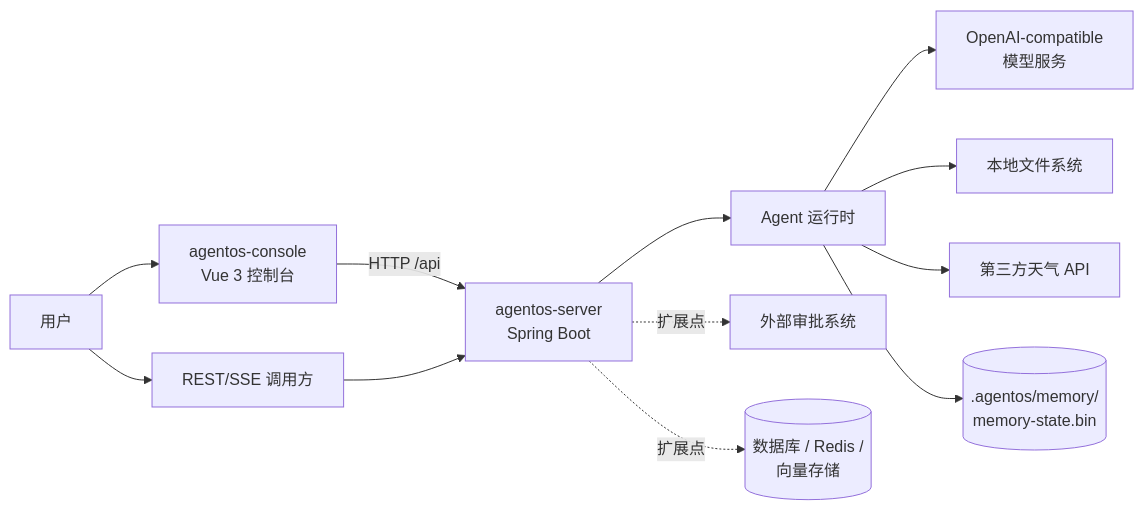
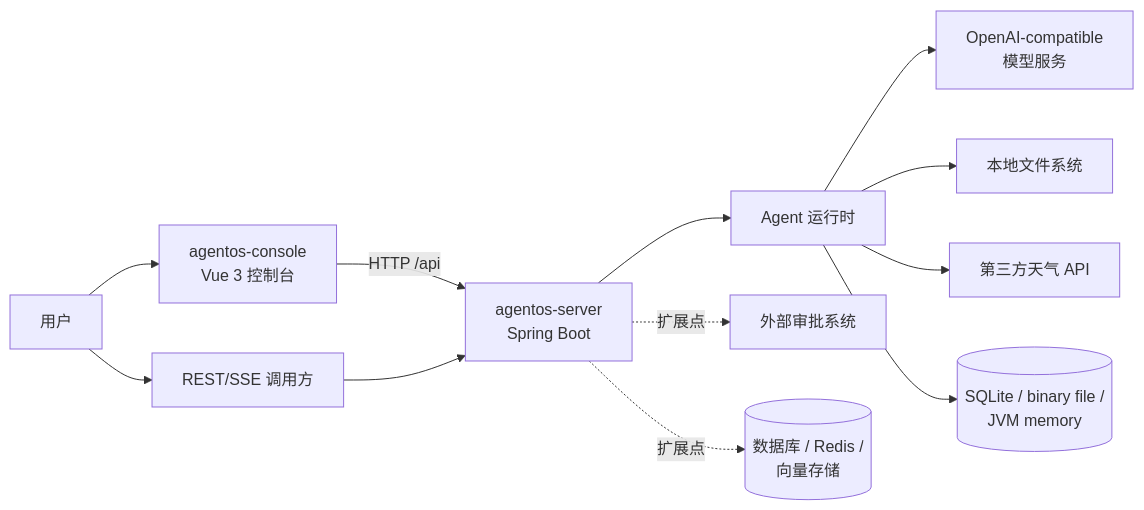
One commit to JavaBoy-Zeng/agent-platform changed the first of 5 diagrams in docs/ARCHITECTURE.md. Above: the diagram before and after it, drawn with Mermaid. The commit also changed other lines of this file and 48 other files, not shown here.

````diff
--- a/docs/ARCHITECTURE.md
+++ b/docs/ARCHITECTURE.md
@@ -33,16 +33,16 @@
 ```mermaid
 flowchart LR
     user[用户] --> console[agentos-console<br/>Vue 3 控制台]
     user --> api[REST/SSE 调用方]
     console -->|HTTP /api| server[agentos-server<br/>Spring Boot]
     api --> server
 
     server --> runtime[Agent 运行时]
     runtime --> model[OpenAI-compatible<br/>模型服务]
     runtime --> fs[本地文件系统]
     runtime --> weather[第三方天气 API]
-    runtime --> memory[(.agentos/memory/<br/>memory-state.bin)]
+    runtime --> memory[(SQLite / binary file /<br/>JVM memory)]
 
     server -. 扩展点 .-> approval[外部审批系统]
     server -. 扩展点 .-> stores[(数据库 / Redis /<br/>向量存储)]
 ```
````
